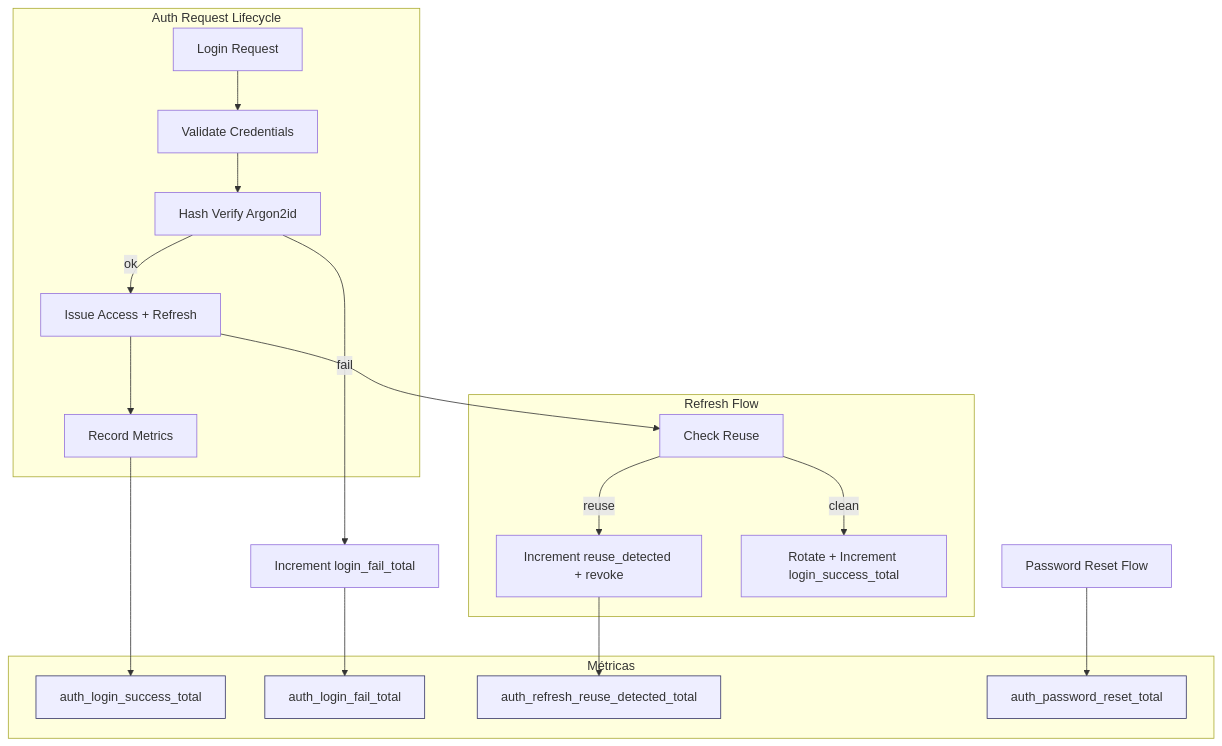
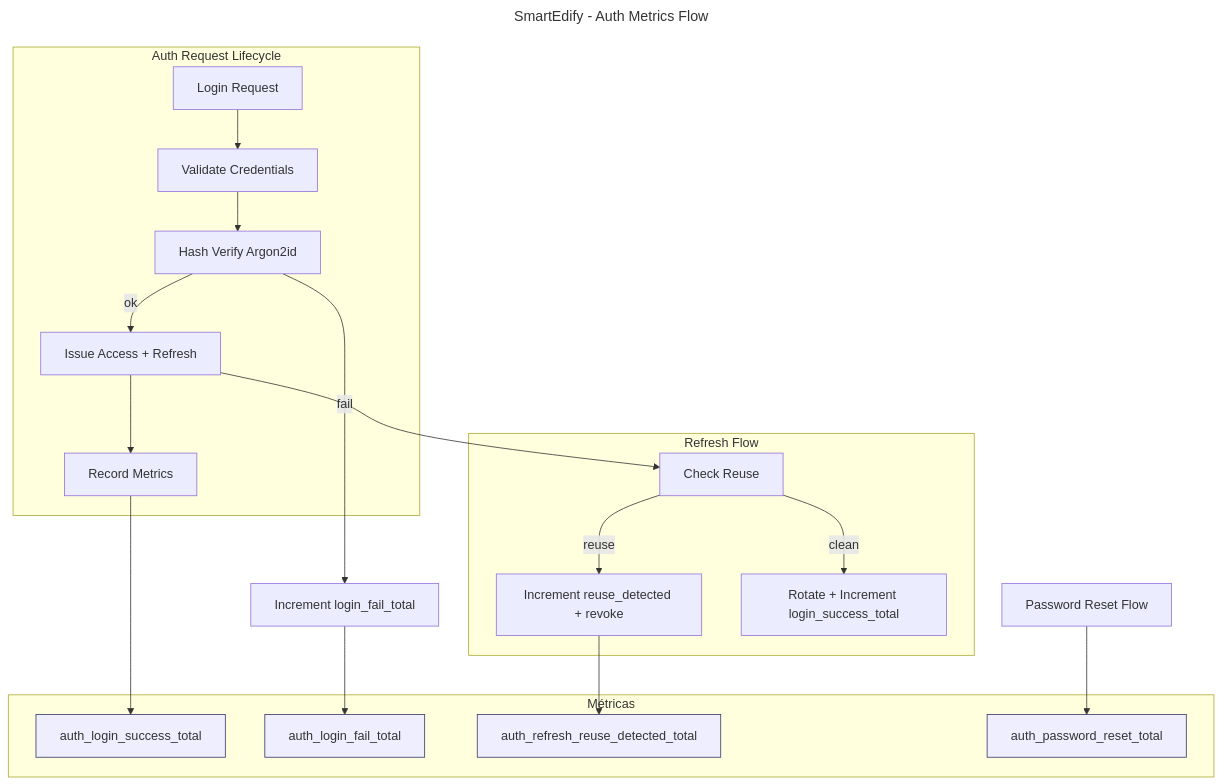
One commit to latamteks-cmyk/SmartEdify_V0 changed the diagram in docs/design/diagrams/auth-metrics-flow.mmd. Above: the diagram before and after it, drawn with Mermaid. The commit also changed 9 other files, not shown here.

Commit message:
Organize Mermaid diagrams and add metadata

```diff
--- a/docs/design/diagrams/auth-metrics-flow.mmd
+++ b/docs/design/diagrams/auth-metrics-flow.mmd
@@ -1,33 +1,36 @@
+---
+title: SmartEdify - Auth Metrics Flow
+---
 flowchart TD
     subgraph Request[Auth Request Lifecycle]
         L[Login Request]
         V[Validate Credentials]
         H[Hash Verify Argon2id]
         T[Issue Access + Refresh]
         R[Record Metrics]
     end
 
     L --> V --> H -->|ok| T --> R
     H -->|fail| F[Increment login_fail_total]
 
     subgraph Metrics[Métricas]
         MS[auth_login_success_total]
         MF[auth_login_fail_total]
         MR[auth_refresh_reuse_detected_total]
         MP[auth_password_reset_total]
     end
 
     R --> MS
     F --> MF
 
     subgraph Refresh[Refresh Flow]
         C[Check Reuse] -->|reuse| RU[Increment reuse_detected + revoke]
         C -->|clean| NI[Rotate + Increment login_success_total]
     end
 
     T --> C
     RU --> MR
     PS[Password Reset Flow] --> MP
 
     classDef metric fill:#eef,stroke:#336
     class MS,MF,MR,MP metric
```
